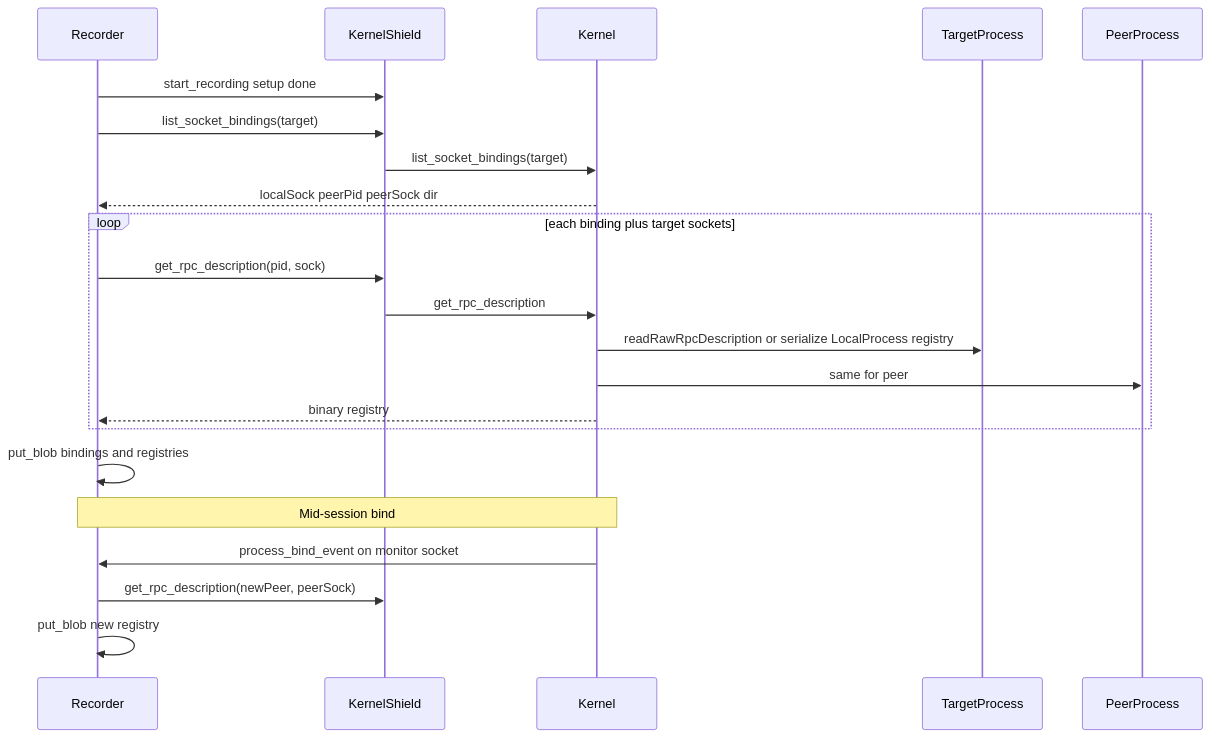
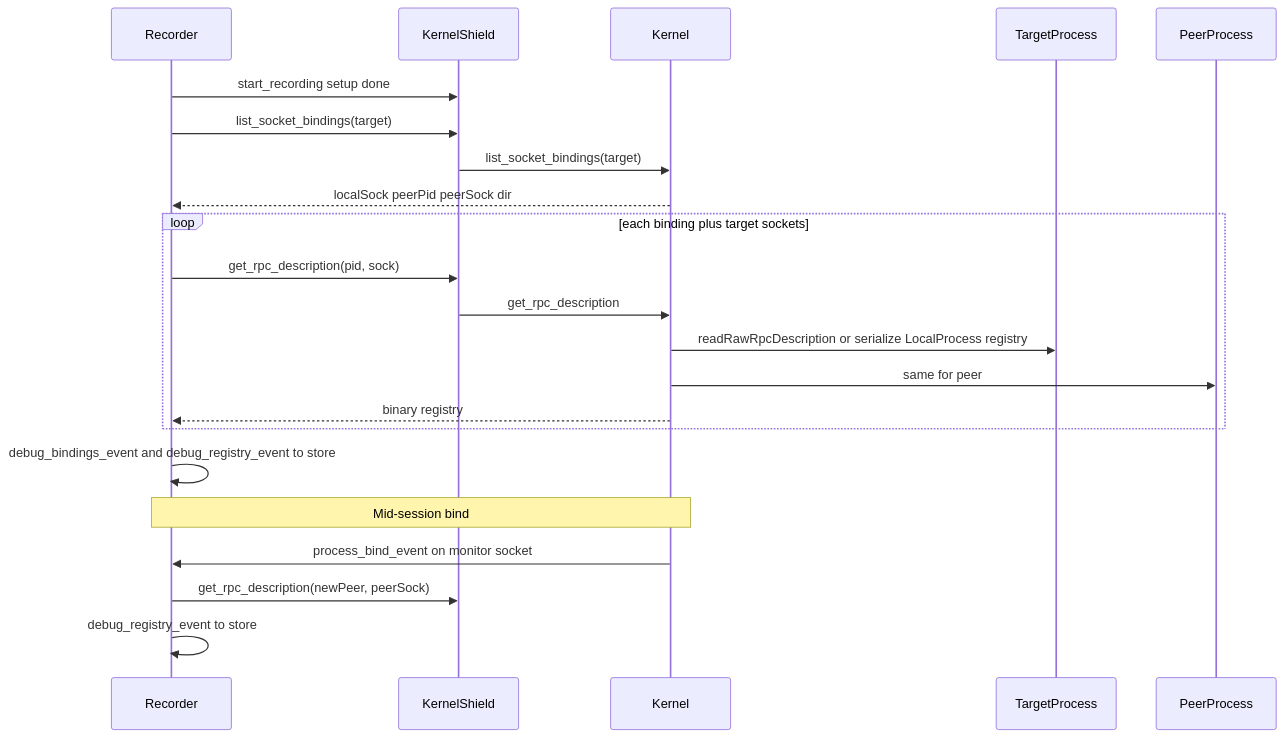
The diagram in RECORDING_DEBUGGER.md (daemonarium/module-debugger), drawn with Mermaid before and after one commit. The commit also changed other lines of this file and 1 other file, not shown here.

Commit message:
debug_store dump logic

````diff
--- a/RECORDING_DEBUGGER.md
+++ b/RECORDING_DEBUGGER.md
@@ -183,25 +183,25 @@
 ```mermaid
 sequenceDiagram
   participant Rec as Recorder
   participant Shield as KernelShield
   participant Ker as Kernel
   participant Target as TargetProcess
   participant Peer as PeerProcess
 
   Rec->>Shield: start_recording setup done
   Rec->>Shield: list_socket_bindings(target)
   Shield->>Ker: list_socket_bindings(target)
   Ker-->>Rec: localSock peerPid peerSock dir
   loop each binding plus target sockets
     Rec->>Shield: get_rpc_description(pid, sock)
     Shield->>Ker: get_rpc_description
     Ker->>Target: readRawRpcDescription or serialize LocalProcess registry
     Ker->>Peer: same for peer
     Ker-->>Rec: binary registry
   end
-  Rec->>Rec: put_blob bindings and registries
+  Rec->>Rec: debug_bindings_event and debug_registry_event to store
   Note over Ker,Rec: Mid-session bind
   Ker->>Rec: process_bind_event on monitor socket
   Rec->>Shield: get_rpc_description(newPeer, peerSock)
-  Rec->>Rec: put_blob new registry
+  Rec->>Rec: debug_registry_event to store
 ```
````
